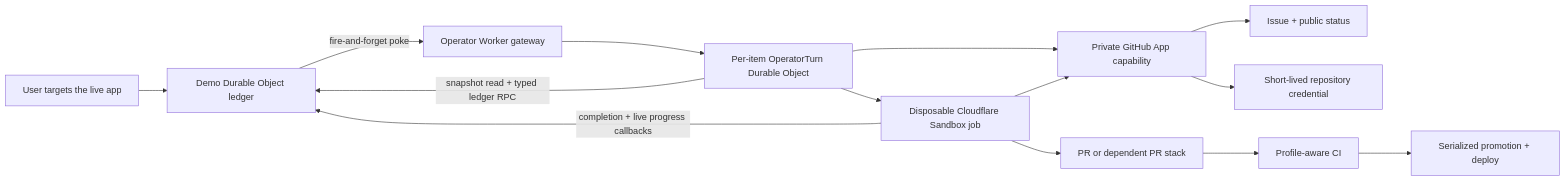
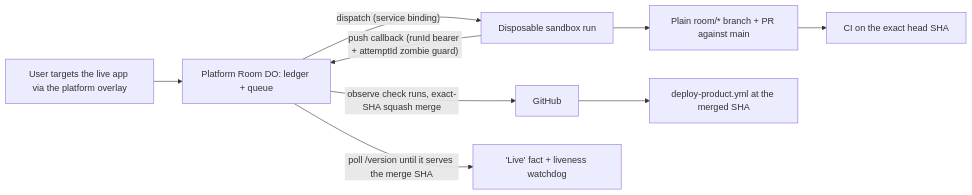
Before and after one commit to callil/autonomous-live-chat: the diagram in docs/architecture.md, drawn with Mermaid. The commit also changed other lines of this file and 91 other files, not shown here.

````diff
--- a/docs/architecture.md
+++ b/docs/architecture.md
@@ -16,16 +15,11 @@
 ```mermaid
 flowchart LR
-    User["User targets the live app"] --> Room["Demo Durable Object ledger"]
-    Room -- "fire-and-forget poke" --> Gateway["Operator Worker gateway"]
-    Gateway --> Turn["Per-item OperatorTurn Durable Object"]
-    Turn -- "snapshot read + typed ledger RPC" --> Room
-    Turn --> GitHub["Private GitHub App capability"]
-    GitHub --> Issue["Issue + public status"]
-    Turn --> Runner["Disposable Cloudflare Sandbox job"]
-    Runner --> GitHub
-    GitHub --> Git["Short-lived repository credential"]
-    Runner -- "completion + live progress callbacks" --> Room
-    Runner --> Stack["PR or dependent PR stack"]
-    Stack --> CI["Profile-aware CI"]
-    CI --> Promote["Serialized promotion + deploy"]
+    User["User targets the live app via the platform overlay"] --> Room["Platform Room DO: ledger + queue"]
+    Room -- "dispatch (service binding)" --> Runner["Disposable sandbox run"]
+    Runner -- "push callback (runId bearer + attemptId zombie guard)" --> Room
+    Runner --> PR["Plain room/* branch + PR against main"]
+    PR --> CI["CI on the exact head SHA"]
+    Room -- "observe check runs, exact-SHA squash merge" --> GitHub
+    GitHub --> Deploy["deploy-product.yml at the merged SHA"]
+    Room -- "poll /version until it serves the merge SHA" --> Live["'Live' fact + liveness watchdog"]
 ```
````
